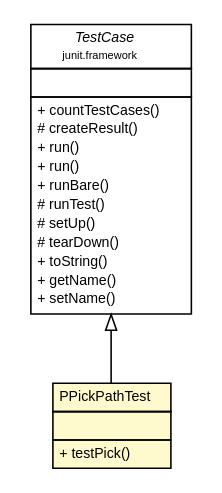
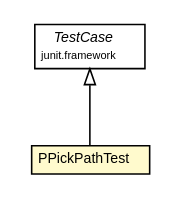
The diagram in site/piccolo2d.java/release-1.3-SNAPSHOT/piccolo2d-core/testapidocs/edu/umd/cs/piccolo/util/PPickPathTest.dot (google-code-export/piccolo2d), drawn with Graphviz before and after one commit. The commit also changed 897 other files, not shown here.

```diff
--- a/site/piccolo2d.java/release-1.3-SNAPSHOT/piccolo2d-core/testapidocs/edu/umd/cs/piccolo/util/PPickPathTest.dot
+++ b/site/piccolo2d.java/release-1.3-SNAPSHOT/piccolo2d-core/testapidocs/edu/umd/cs/piccolo/util/PPickPathTest.dot
@@ -1,47 +1,25 @@
 #!/usr/local/bin/dot
 #
 # Class diagram 
 # Generated by UmlGraph version 4.6 (http://www.spinellis.gr/sw/umlgraph)
 #
 
 digraph G {
 	edge [fontname="Helvetica",fontsize=10,labelfontname="Helvetica",labelfontsize=10];
 	node [fontname="Helvetica",fontsize=10,shape=plaintext];
 	// edu.umd.cs.piccolo.util.PPickPathTest
 	c98 [label=<<table border="0" cellborder="1" cellspacing="0" cellpadding="2" port="p" bgcolor="lemonChiffon" href="./PPickPathTest.html">
 		<tr><td><table border="0" cellspacing="0" cellpadding="1">
 			<tr><td> PPickPathTest </td></tr>
 		</table></td></tr>
-		<tr><td><table border="0" cellspacing="0" cellpadding="1">
-			<tr><td align="left">  </td></tr>
-		</table></td></tr>
-		<tr><td><table border="0" cellspacing="0" cellpadding="1">
-			<tr><td align="left"> + testPick() </td></tr>
-		</table></td></tr>
 		</table>>, fontname="Helvetica", fontcolor="black", fontsize=9.0];
 	//edu.umd.cs.piccolo.util.PPickPathTest extends junit.framework.TestCase
 	c110:p -> c98:p [dir=back,arrowtail=empty];
 	// junit.framework.TestCase
 	c110 [label=<<table border="0" cellborder="1" cellspacing="0" cellpadding="2" port="p">
 		<tr><td><table border="0" cellspacing="0" cellpadding="1">
 			<tr><td><font face="Helvetica-Oblique"> TestCase </font></td></tr>
 			<tr><td><font point-size="7.0"> junit.framework </font></td></tr>
 		</table></td></tr>
-		<tr><td><table border="0" cellspacing="0" cellpadding="1">
-			<tr><td align="left">  </td></tr>
-		</table></td></tr>
-		<tr><td><table border="0" cellspacing="0" cellpadding="1">
-			<tr><td align="left"> + countTestCases() </td></tr>
-			<tr><td align="left"> # createResult() </td></tr>
-			<tr><td align="left"> + run() </td></tr>
-			<tr><td align="left"> + run() </td></tr>
-			<tr><td align="left"> + runBare() </td></tr>
-			<tr><td align="left"> # runTest() </td></tr>
-			<tr><td align="left"> # setUp() </td></tr>
-			<tr><td align="left"> # tearDown() </td></tr>
-			<tr><td align="left"> + toString() </td></tr>
-			<tr><td align="left"> + getName() </td></tr>
-			<tr><td align="left"> + setName() </td></tr>
-		</table></td></tr>
 		</table>>, fontname="Helvetica", fontcolor="black", fontsize=9.0];
 }
```
